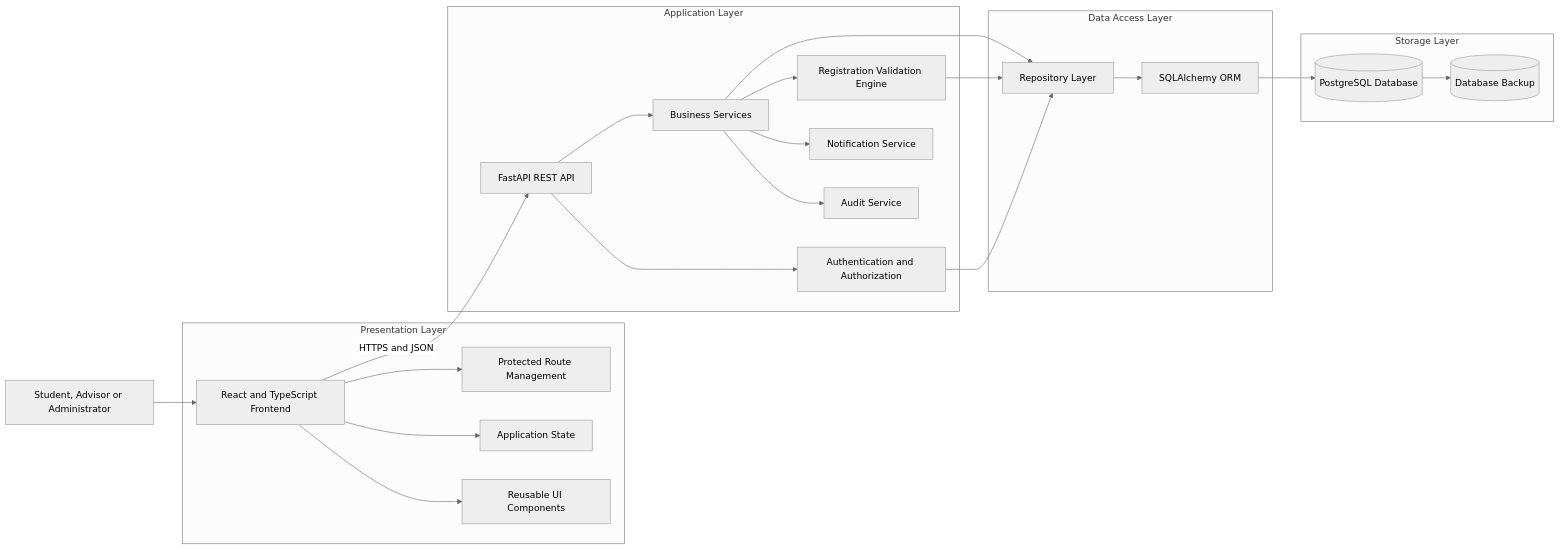
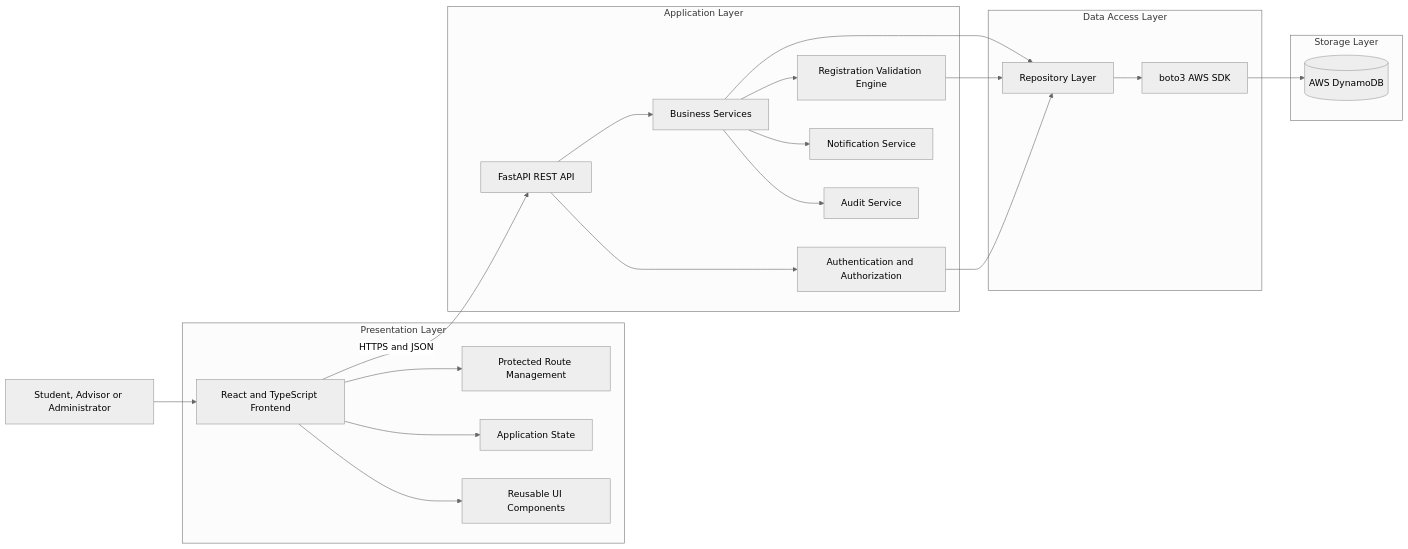
Before and after one commit to SS-Munna/CourseReg-wa: the first of 8 diagrams in docs/20-tdd.md, drawn with Mermaid (neutral theme). The commit also changed other lines of this file and 9 other files, not shown here.

Commit message:
docs: update database design for DynamoDB

````diff
--- a/docs/20-tdd.md
+++ b/docs/20-tdd.md
@@ -122,49 +139,47 @@
 ```mermaid
 flowchart LR
     User[Student, Advisor or Administrator]
 
     subgraph Presentation["Presentation Layer"]
         React[React and TypeScript Frontend]
         Router[Protected Route Management]
         State[Application State]
         UI[Reusable UI Components]
     end
 
     subgraph Application["Application Layer"]
         API[FastAPI REST API]
         Auth[Authentication and Authorization]
         Services[Business Services]
         Validation[Registration Validation Engine]
         Notifications[Notification Service]
         Audit[Audit Service]
     end
 
     subgraph DataAccess["Data Access Layer"]
         Repository[Repository Layer]
-        ORM[SQLAlchemy ORM]
+        SDK[boto3 AWS SDK]
     end
 
     subgraph Storage["Storage Layer"]
-        PostgreSQL[(PostgreSQL Database)]
-        Backup[(Database Backup)]
+        DynamoDB[(AWS DynamoDB)]
     end
 
     User --> React
     React --> Router
     React --> State
     React --> UI
     React -->|HTTPS and JSON| API
 
     API --> Auth
     API --> Services
     Services --> Validation
     Services --> Notifications
     Services --> Audit
     Services --> Repository
     Validation --> Repository
     Auth --> Repository
 
-    Repository --> ORM
-    ORM --> PostgreSQL
-    PostgreSQL --> Backup
+    Repository --> SDK
+    SDK --> DynamoDB
 ```
````
